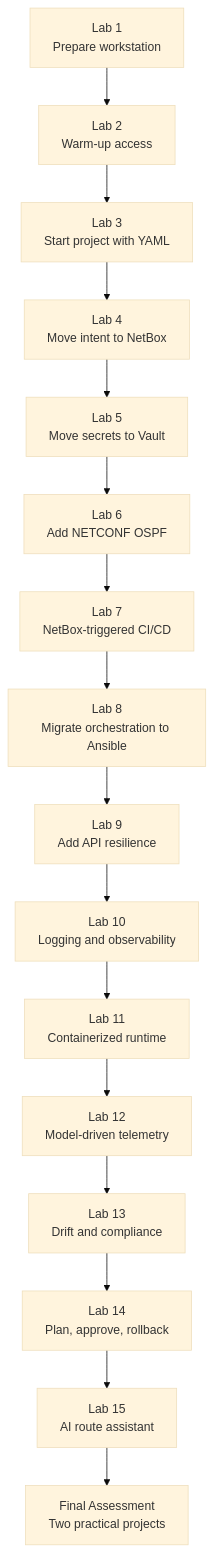
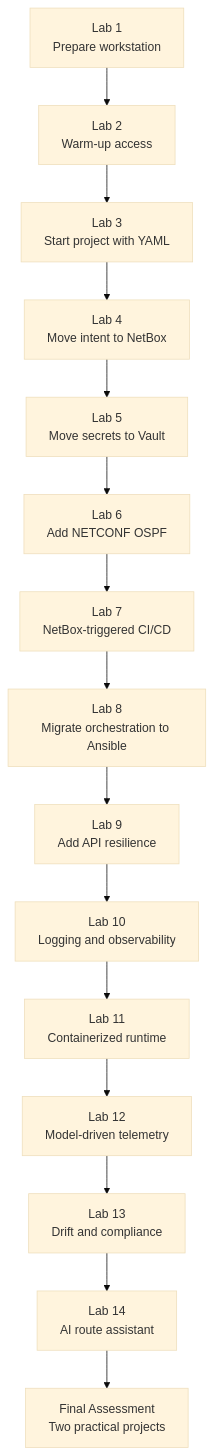
Before and after one commit to tanthanh85/CCNPAUTO: the first of 6 diagrams in LAB/README.md, drawn with Mermaid (base theme). The commit also changed other lines of this file and 85 other files, not shown here.

````diff
--- a/LAB/README.md
+++ b/LAB/README.md
@@ -15,18 +29,17 @@
 ```mermaid
 flowchart TD
     L1["Lab 1<br/>Prepare workstation"] --> L2["Lab 2<br/>Warm-up access"]
     L2 --> L3["Lab 3<br/>Start project with YAML"]
     L3 --> L4["Lab 4<br/>Move intent to NetBox"]
     L4 --> L5["Lab 5<br/>Move secrets to Vault"]
     L5 --> L6["Lab 6<br/>Add NETCONF OSPF"]
     L6 --> L7["Lab 7<br/>NetBox-triggered CI/CD"]
     L7 --> L8["Lab 8<br/>Migrate orchestration to Ansible"]
     L8 --> L9["Lab 9<br/>Add API resilience"]
     L9 --> L10["Lab 10<br/>Logging and observability"]
     L10 --> L11["Lab 11<br/>Containerized runtime"]
     L11 --> L12["Lab 12<br/>Model-driven telemetry"]
     L12 --> L13["Lab 13<br/>Drift and compliance"]
-    L13 --> L14["Lab 14<br/>Plan, approve, rollback"]
-    L14 --> L15["Lab 15<br/>AI route assistant"]
-    L15 --> F["Final Assessment<br/>Two practical projects"]
+    L13 --> L14["Lab 14<br/>AI route assistant"]
+    L14 --> F["Final Assessment<br/>Two practical projects"]
 ```
````
